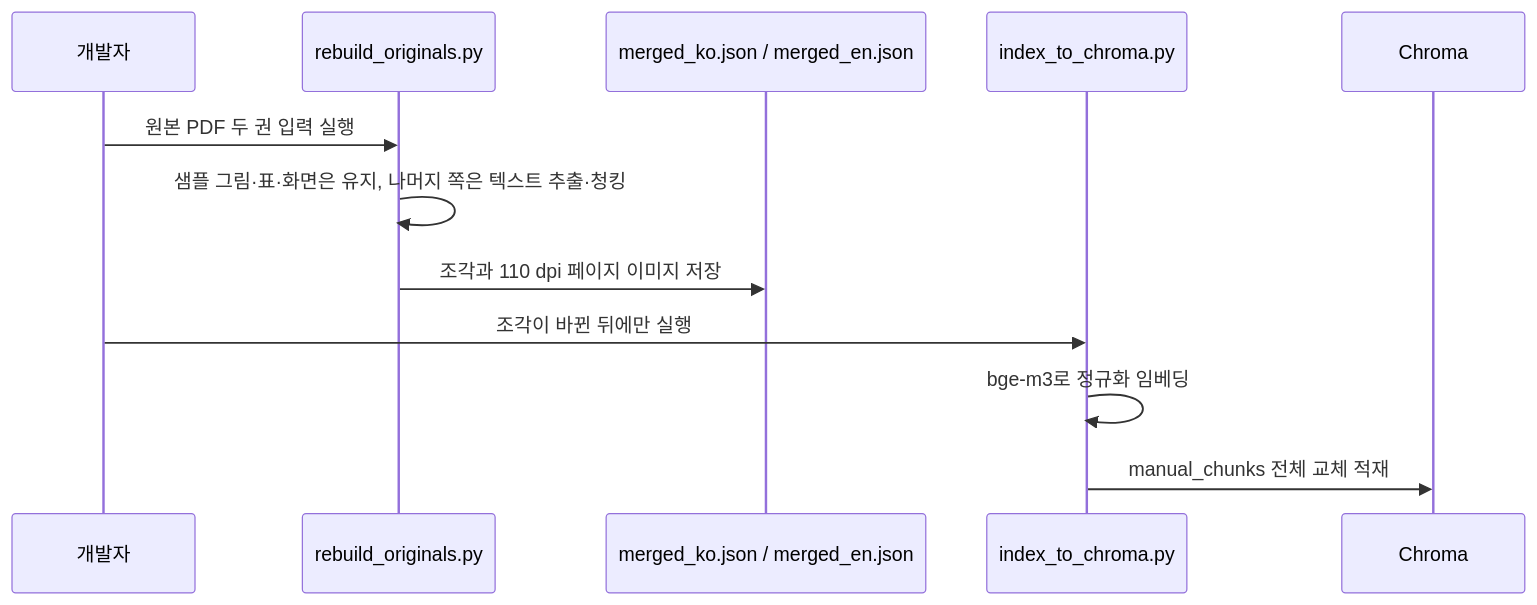
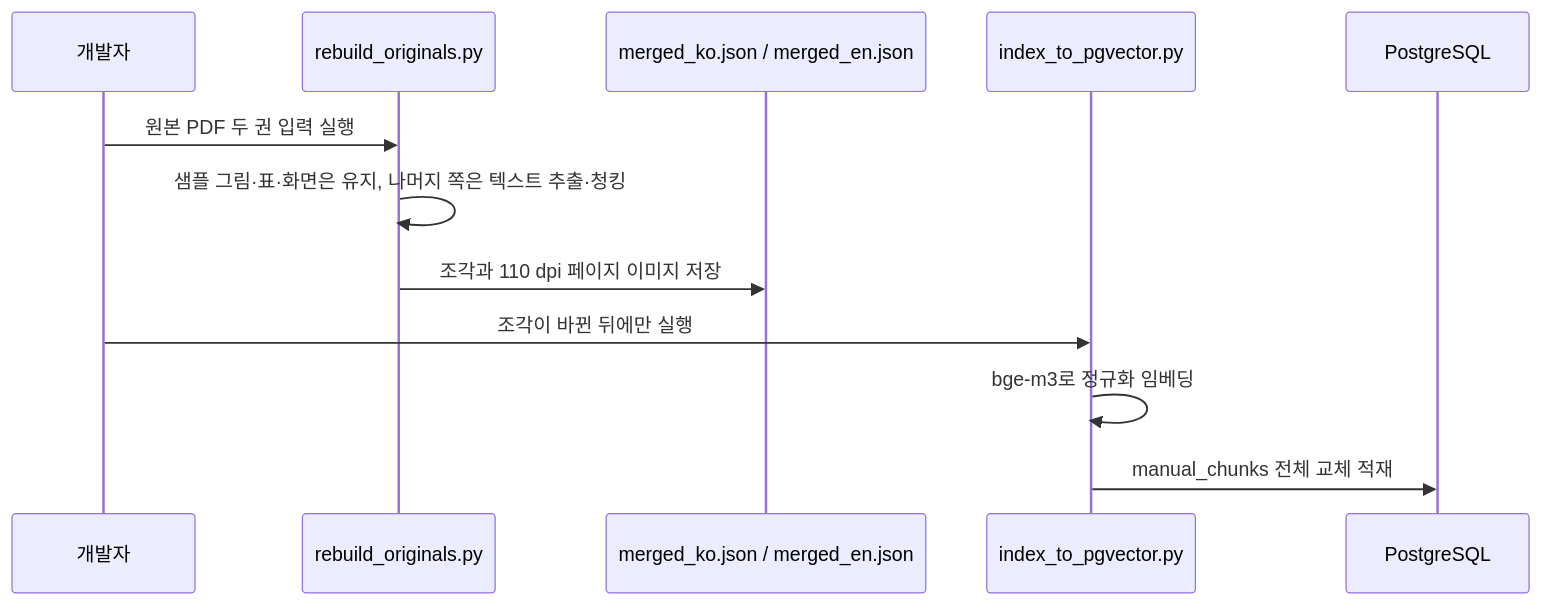
Before and after one commit to cho1203/chatbot-work: the second of 4 diagrams in docs/DEVELOPER_GUIDE_5.md, drawn with Mermaid. The commit also changed other lines of this file and 1 other file, not shown here.

````diff
--- a/docs/DEVELOPER_GUIDE_5.md
+++ b/docs/DEVELOPER_GUIDE_5.md
@@ -97,14 +97,14 @@
 ```mermaid
 sequenceDiagram
   participant D as 개발자
   participant B as rebuild_originals.py
   participant J as merged_ko.json / merged_en.json
-  participant I as index_to_chroma.py
-  participant V as Chroma
+  participant I as index_to_pgvector.py
+  participant V as PostgreSQL
   D->>B: 원본 PDF 두 권 입력 실행
   B->>B: 샘플 그림·표·화면은 유지, 나머지 쪽은 텍스트 추출·청킹
   B->>J: 조각과 110 dpi 페이지 이미지 저장
   D->>I: 조각이 바뀐 뒤에만 실행
   I->>I: bge-m3로 정규화 임베딩
   I->>V: manual_chunks 전체 교체 적재
 ```
````
